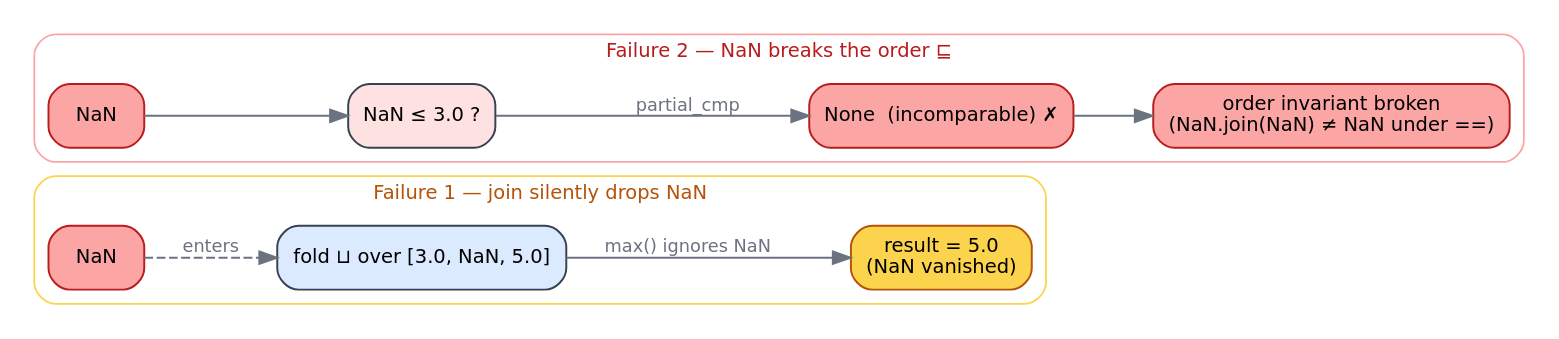
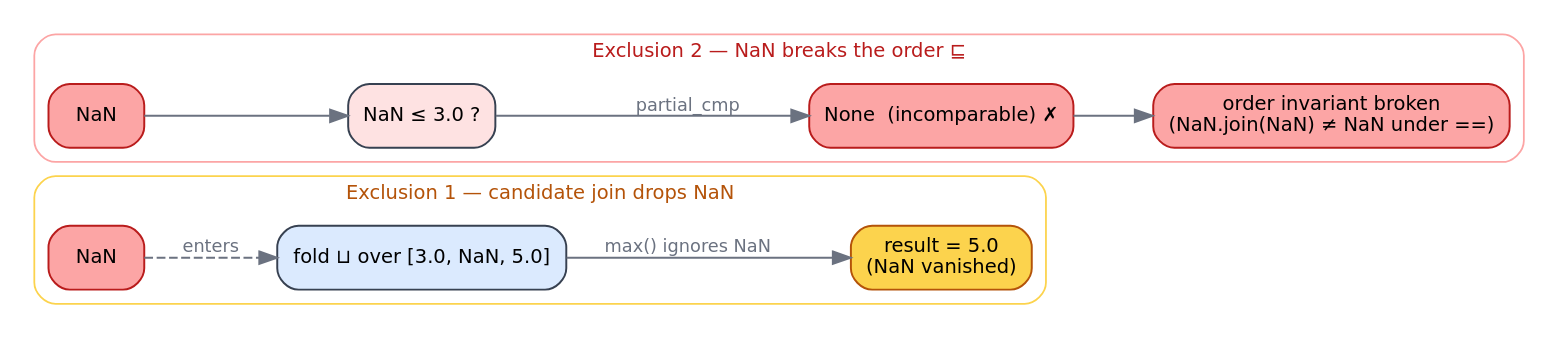
Before and after one commit to vinary-tree/llattice: the diagram in docs/engineering/figures/nan-poison.dot, drawn with Graphviz. The commit also changed 64 other files, not shown here.

```diff
--- a/docs/engineering/figures/nan-poison.dot
+++ b/docs/engineering/figures/nan-poison.dot
@@ -1,33 +1,29 @@
-// Two failure modes of the f32/f64 lattice impl in the presence of IEEE-754 NaN.
-//   (1) join/meet SILENTLY DROP NaN:  f64::max(NaN, x) == x  → the NaN is swallowed (data loss).
-//   (2) NaN is ≤-INCOMPARABLE:  NaN.partial_cmp(&x) == None  → the order a ⊑ b is undefined,
-//       so any order-based invariant (sorted merge, monotonicity check) silently breaks.
-// Render:  dot -Tsvg nan-poison.dot -o nan-poison.svg     Tool: Graphviz (graph_layout).
 digraph nan_poison {
+    // Raw floats are excluded because max/min can drop NaN and NaN is incomparable.
     bgcolor = "white";
     rankdir = LR;
     ranksep = 0.6;
     node [shape=box, style="rounded,filled", fontname="DejaVu Sans",
           fontsize=11, color="#374151", penwidth=1.1];
     edge [color="#6B7280", penwidth=1.1, fontname="DejaVu Sans", fontsize=10, fontcolor="#6B7280"];
 
     subgraph cluster_drop {
-        label = "Failure 1 — join silently drops NaN"; fontname="DejaVu Sans"; fontsize=11;
+        label = "Exclusion 1 — candidate join drops NaN"; fontname="DejaVu Sans"; fontsize=11;
         color="#FCD34D"; style="rounded"; fontcolor="#B45309";
         stream [label="fold ⊔ over [3.0, NaN, 5.0]", fillcolor="#DBEAFE"];
         nan1   [label="NaN", fillcolor="#FCA5A5", color="#B91C1C"];
         res    [label="result = 5.0\n(NaN vanished)", fillcolor="#FCD34D", color="#B45309"];
         nan1 -> stream [label="enters", style=dashed];
         stream -> res [label="max() ignores NaN"];
     }
 
     subgraph cluster_order {
-        label = "Failure 2 — NaN breaks the order ⊑"; fontname="DejaVu Sans"; fontsize=11;
+        label = "Exclusion 2 — NaN breaks the order ⊑"; fontname="DejaVu Sans"; fontsize=11;
         color="#FCA5A5"; style="rounded"; fontcolor="#B91C1C";
         nan2 [label="NaN", fillcolor="#FCA5A5", color="#B91C1C"];
         cmp  [label="NaN ≤ 3.0 ?", fillcolor="#FEE2E2"];
         none [label="None  (incomparable) ✗", fillcolor="#FCA5A5", color="#B91C1C"];
         inv  [label="order invariant broken\n(NaN.join(NaN) ≠ NaN under ==)", fillcolor="#FCA5A5", color="#B91C1C"];
         nan2 -> cmp; cmp -> none [label="partial_cmp"]; none -> inv;
     }
 }
```
